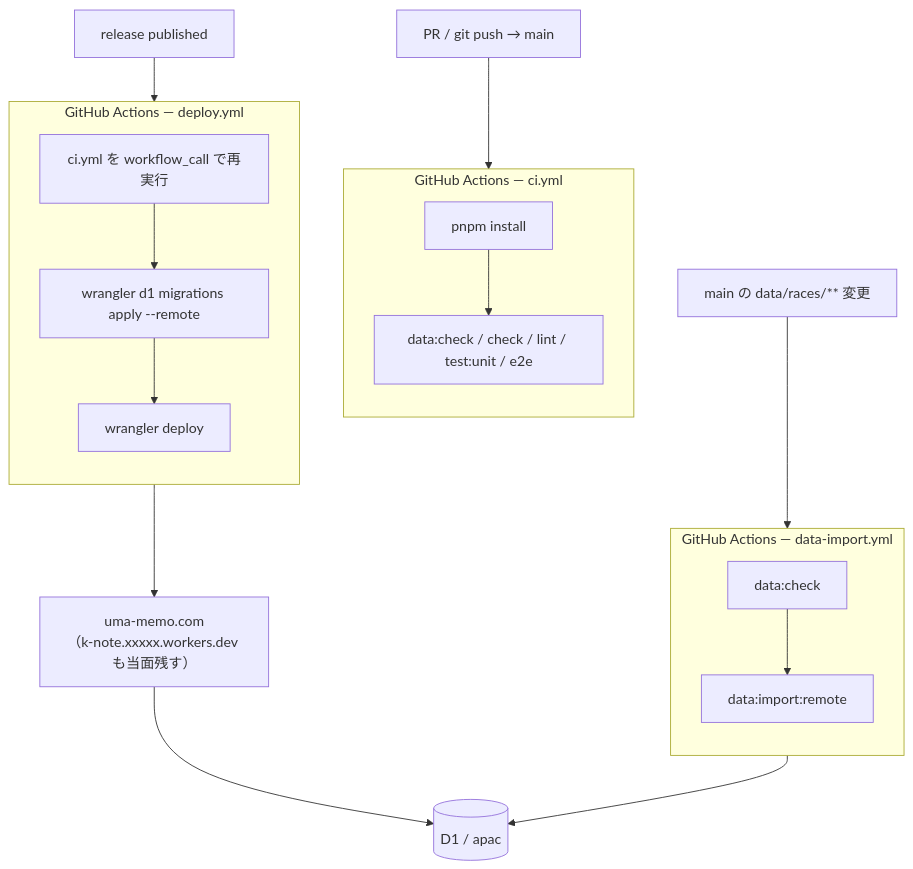
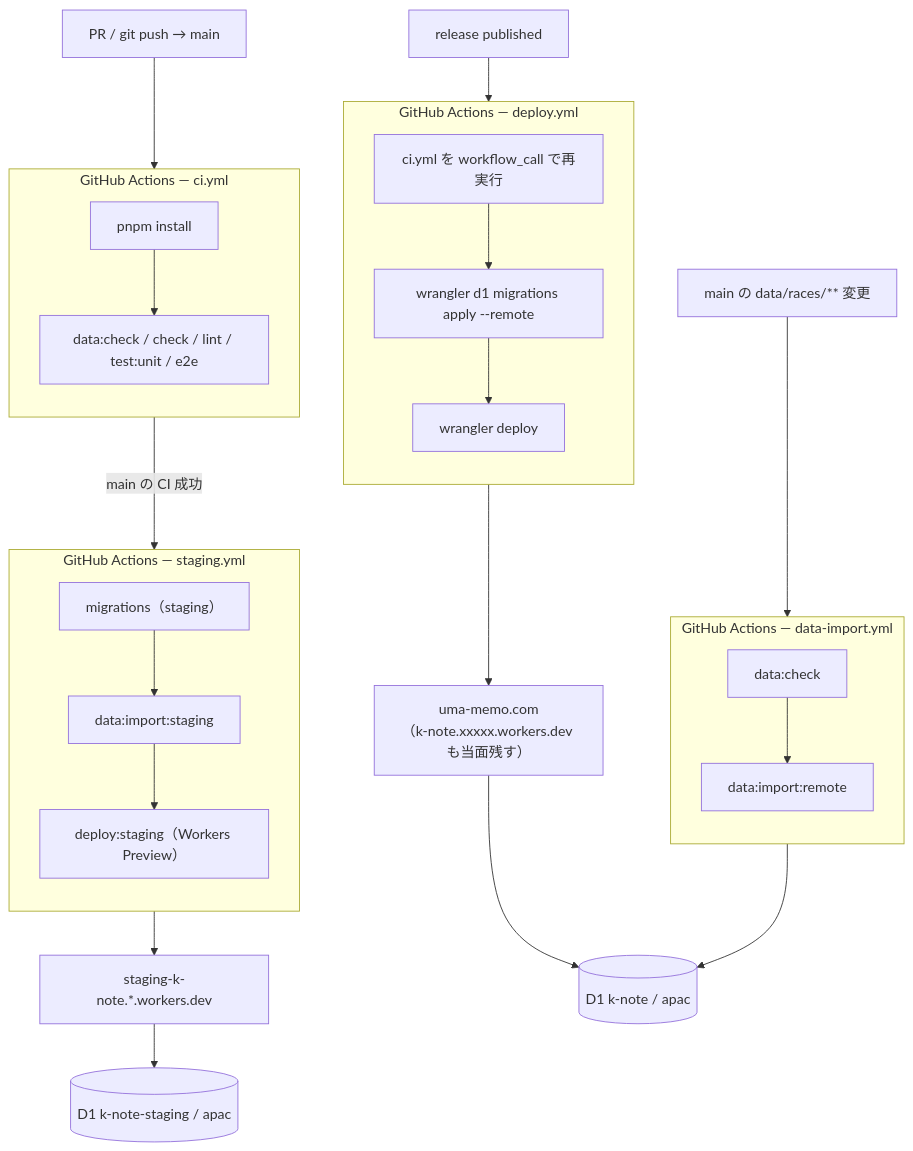
One commit to Atoyr/keiba-note changed the ninth of 11 diagrams in docs/architecture.md. Above: the diagram before and after it, drawn with Mermaid. The commit also changed other lines of this file and 56 other files, not shown here.

````diff
--- a/docs/architecture.md
+++ b/docs/architecture.md
@@ -855,26 +695,34 @@
 ```mermaid
 flowchart TB
     P["PR / git push → main"] --> CI
+    CI -->|"main の CI 成功"| ST
     R["release published"] --> DL
     Q["main の data/races/** 変更"] --> DI
 
     subgraph CI["GitHub Actions — ci.yml"]
         direction TB
         I["pnpm install"] --> T["data:check / check / lint / test:unit / e2e"]
+    end
+
+    subgraph ST["GitHub Actions — staging.yml"]
+        direction TB
+        SM["migrations（staging）"] --> SI["data:import:staging"] --> SD["deploy:staging（Workers Preview）"]
     end
 
     subgraph DL["GitHub Actions — deploy.yml"]
         direction TB
         V["ci.yml を workflow_call で再実行"] --> M["wrangler d1 migrations apply --remote"]
         M --> DP["wrangler deploy"]
     end
 
     subgraph DI["GitHub Actions — data-import.yml"]
         direction TB
         C["data:check"] --> IM["data:import:remote"]
     end
 
+    SD --> SW["staging-k-note.*.workers.dev"]
+    SW --> SDB[("D1 k-note-staging / apac")]
     DP --> W["uma-memo.com<br/>（k-note.xxxxx.workers.dev も当面残す）"]
     IM --> D
-    W --> D[("D1 / apac")]
+    W --> D[("D1 k-note / apac")]
 ```
````
